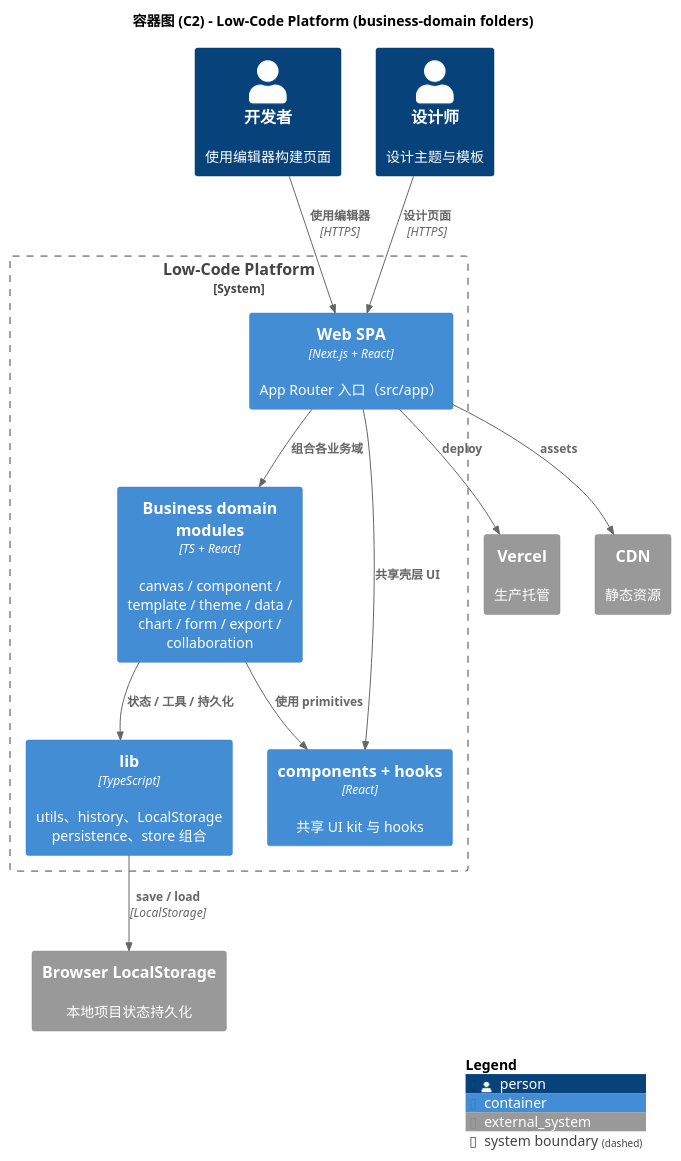
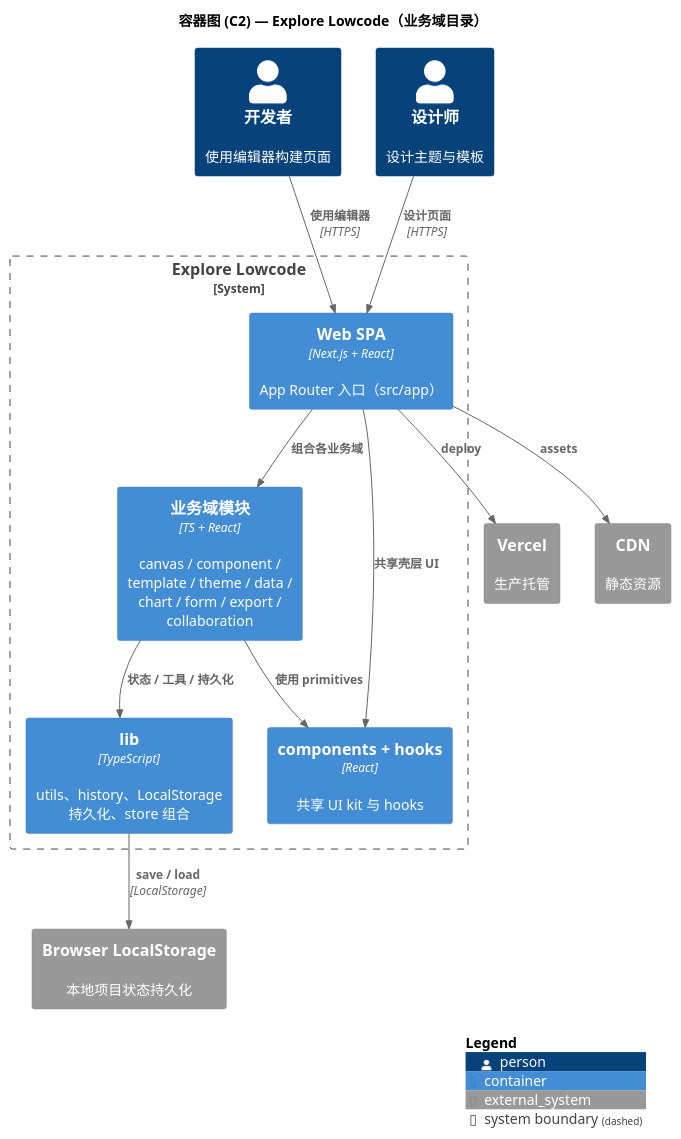
One commit to felixzhu97/low-code-platform changed the diagram in docs/developer/c4-model/C2-Container.puml. Above: the diagram before and after it, drawn with PlantUML. The commit also changed 7 other files, not shown here.

First line of the commit message:
docs: rename product display to Explore Lowcode (#13)

```diff
--- a/docs/developer/c4-model/C2-Container.puml
+++ b/docs/developer/c4-model/C2-Container.puml
@@ -1,36 +1,36 @@
 @startuml C2-Container
 !include https://raw.githubusercontent.com/plantuml-stdlib/C4-PlantUML/master/C4_Container.puml
 
 LAYOUT_WITH_LEGEND()
 
-title 容器图 (C2) - Low-Code Platform (business-domain folders)
+title 容器图 (C2) — Explore Lowcode（业务域目录）
 
 Person(developer, "开发者", "使用编辑器构建页面")
 Person(designer, "设计师", "设计主题与模板")
 
-System_Boundary(lcp, "Low-Code Platform") {
+System_Boundary(lcp, "Explore Lowcode") {
     Container(spa, "Web SPA", "Next.js + React", "App Router 入口（src/app）")
 
-    Container(domains, "Business domain modules", "TS + React", "canvas / component / template / theme / data / chart / form / export / collaboration")
+    Container(domains, "业务域模块", "TS + React", "canvas / component / template / theme / data / chart / form / export / collaboration")
     Container(sharedUi, "components + hooks", "React", "共享 UI kit 与 hooks")
-    Container(sharedLib, "lib", "TypeScript", "utils、history、LocalStorage persistence、store 组合")
+    Container(sharedLib, "lib", "TypeScript", "utils、history、LocalStorage 持久化、store 组合")
 }
 
 System_Ext(browser_storage, "Browser LocalStorage", "本地项目状态持久化")
 System_Ext(vercel, "Vercel", "生产托管")
 System_Ext(cdn, "CDN", "静态资源")
 
 Rel(developer, spa, "使用编辑器", "HTTPS")
 Rel(designer, spa, "设计页面", "HTTPS")
 
 Rel(spa, domains, "组合各业务域")
 Rel(spa, sharedUi, "共享壳层 UI")
 Rel(domains, sharedUi, "使用 primitives")
 Rel(domains, sharedLib, "状态 / 工具 / 持久化")
 Rel(sharedLib, browser_storage, "save / load", "LocalStorage")
 
 Rel(spa, vercel, "deploy")
 Rel(spa, cdn, "assets")
 
 SHOW_LEGEND()
 @enduml
```
